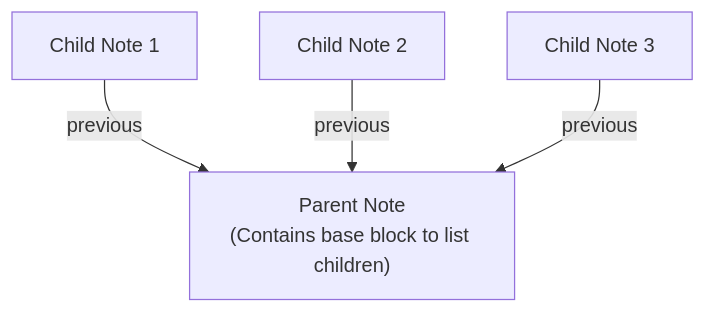
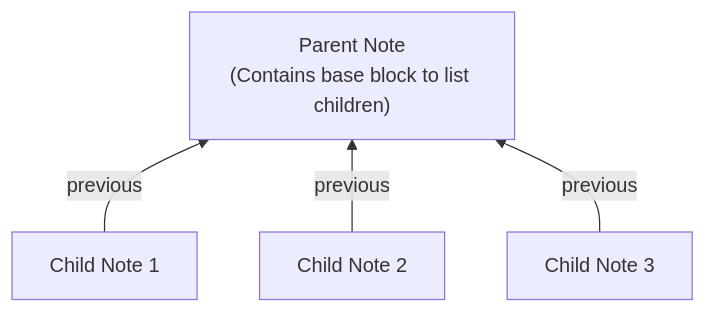
Before and after one commit to ongaeshi/obsidian-previous-river: the second of 2 diagrams in README.ja.md, drawn with Mermaid. The commit also changed 1 other file, not shown here.

Commit message:
docs: Change mermaid layout to bottom-to-top

````diff
--- a/README.ja.md
+++ b/README.ja.md
@@ -35,11 +35,11 @@
 ```mermaid
-flowchart TD
+flowchart BT
     Parent["Parent Note<br>(Contains base block to list children)"]
     Child1[Child Note 1]
     Child2[Child Note 2]
     Child3[Child Note 3]
 
     Child1 -- previous --> Parent
     Child2 -- previous --> Parent
     Child3 -- previous --> Parent
 ```
````
